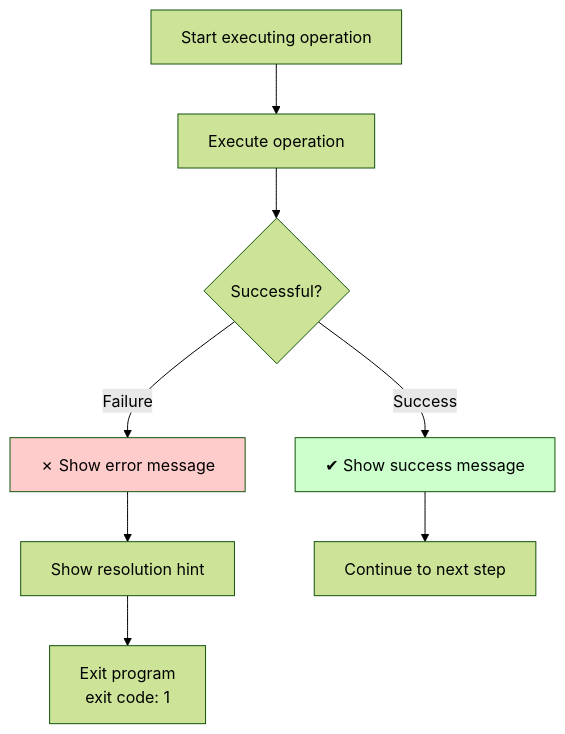
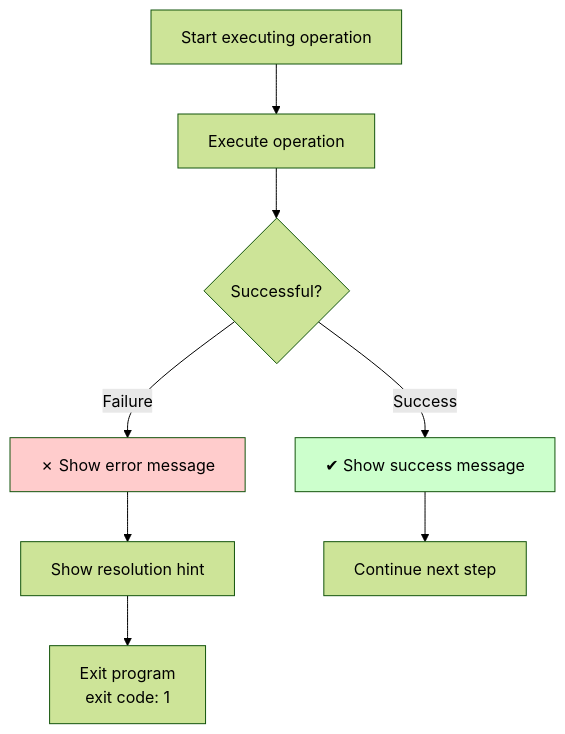
One commit to colin-han/colyn changed the fourth of 6 diagrams in docs-en/design-init-command.md. Above: the diagram before and after it, drawn with Mermaid (forest theme). The commit also changed other lines of this file and 11 other files, not shown here.

````diff
--- a/docs-en/design-init-command.md
+++ b/docs-en/design-init-command.md
@@ -328,16 +328,16 @@
 ```mermaid
 graph TD
     Start[Start executing operation] --> Operation[Execute operation]
     Operation --> Check{Successful?}
 
     Check -->|Success| Success[✔ Show success message]
     Check -->|Failure| Error[✗ Show error message]
 
     Error --> ShowHint[Show resolution hint]
     ShowHint --> Exit[Exit program<br/>exit code: 1]
 
-    Success --> Continue[Continue to next step]
+    Success --> Continue[Continue next step]
 
     style Error fill:#ffcccc
     style Success fill:#ccffcc
 ```
````
